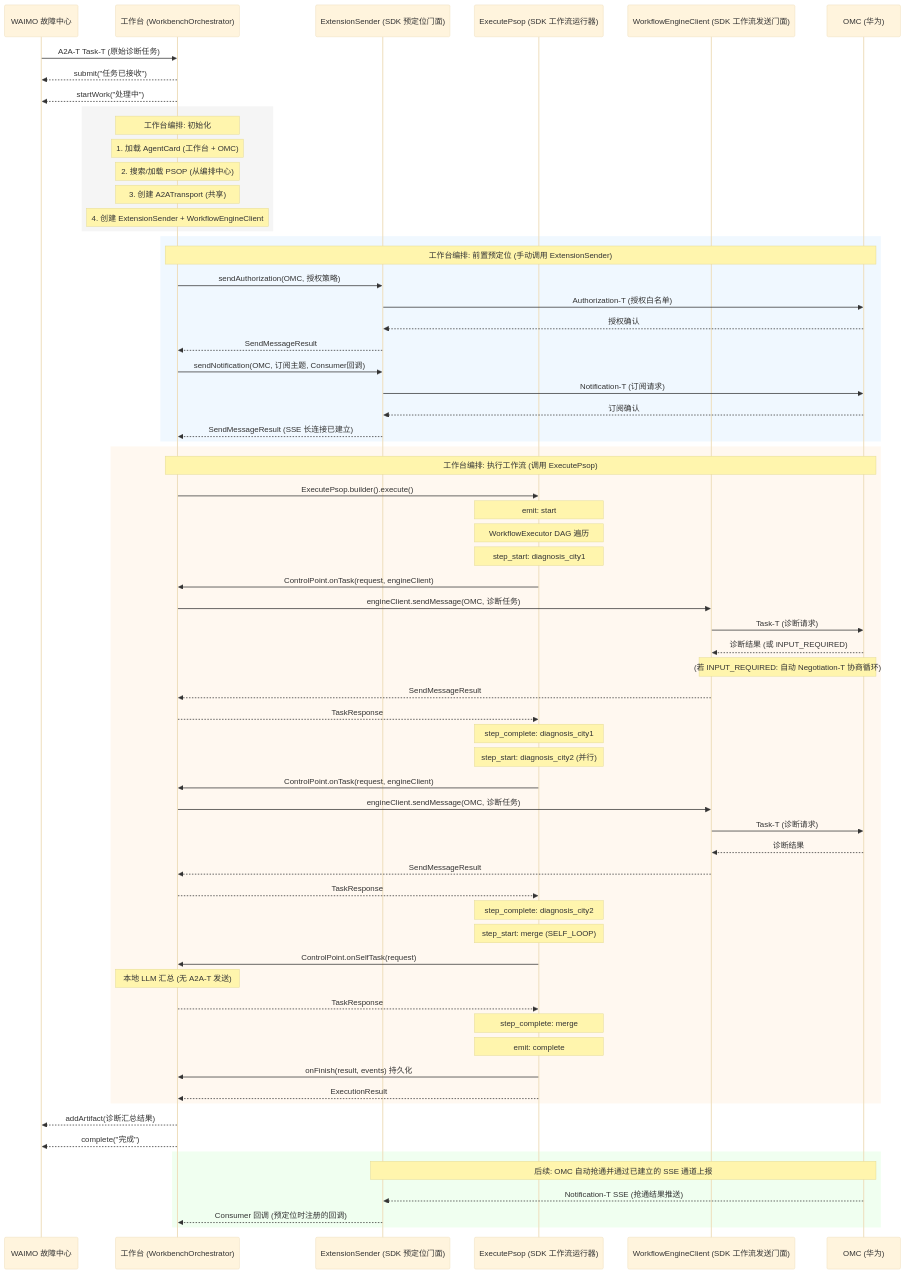
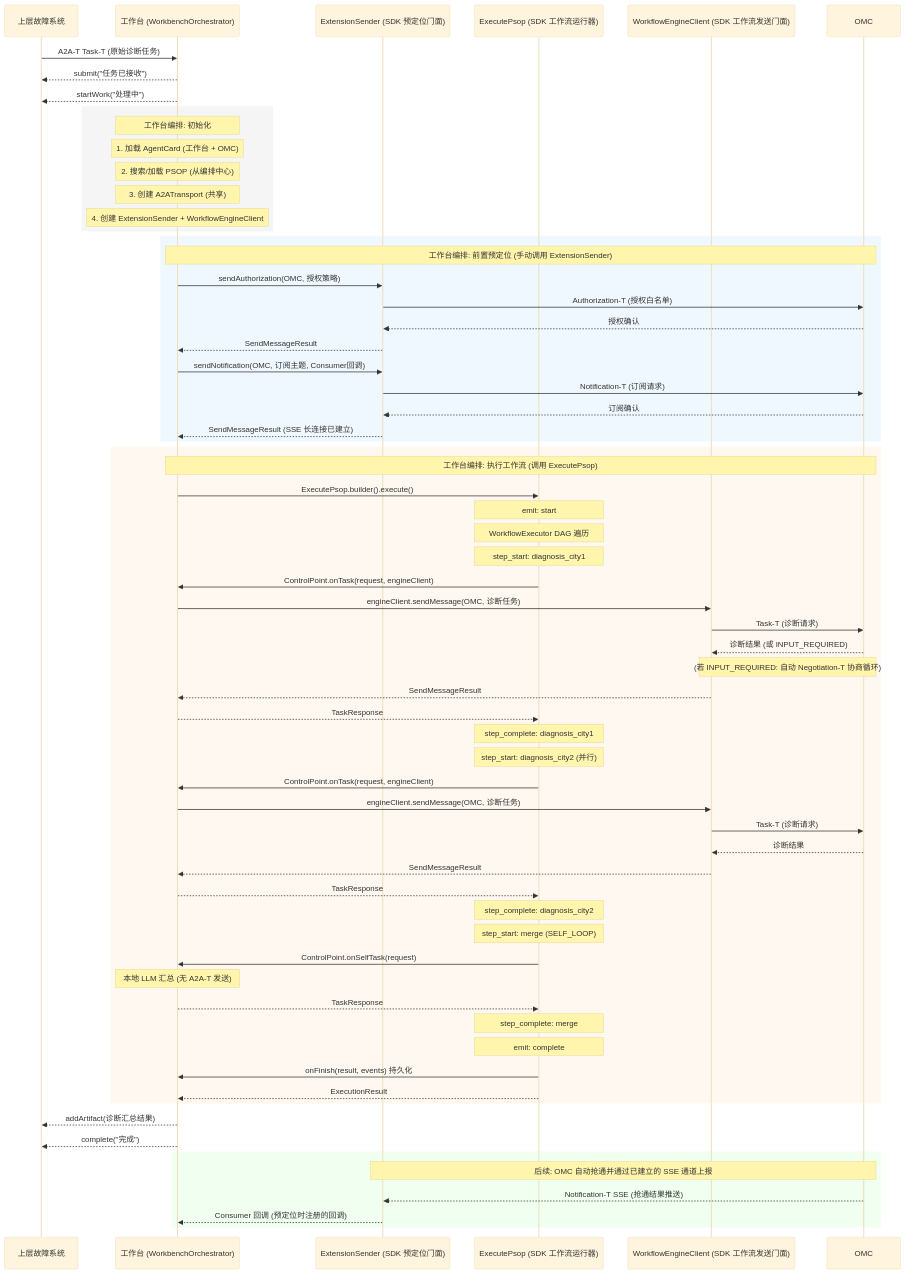
One commit to Zhoujie628/workflow-engine-sdk-java changed the fourth of 4 diagrams in docs/zh/工作台集成指南.md. Above: the diagram before and after it, drawn with Mermaid (base theme). The commit also changed other lines of this file and 11 other files, not shown here.

````diff
--- a/docs/zh/工作台集成指南.md
+++ b/docs/zh/工作台集成指南.md
@@ -763,80 +763,80 @@
 ```mermaid
 sequenceDiagram
-    participant WAIMO as WAIMO 故障中心
+    participant UPPER as 上层故障系统
     participant WB as 工作台 (WorkbenchOrchestrator)
     participant ES as ExtensionSender (SDK 预定位门面)
     participant EP as ExecutePsop (SDK 工作流运行器)
     participant EC as WorkflowEngineClient (SDK 工作流发送门面)
-    participant OMC as OMC (华为)
+    participant OMC as OMC
 
-    WAIMO->>WB: A2A-T Task-T (原始诊断任务)
-    WB-->>WAIMO: submit("任务已接收")
-    WB-->>WAIMO: startWork("处理中")
+    UPPER->>WB: A2A-T Task-T (原始诊断任务)
+    WB-->>UPPER: submit("任务已接收")
+    WB-->>UPPER: startWork("处理中")
 
     rect rgba(245, 245, 245, 1)
     Note over WB: 工作台编排: 初始化
     Note over WB: 1. 加载 AgentCard (工作台 + OMC)
     Note over WB: 2. 搜索/加载 PSOP (从编排中心)
     Note over WB: 3. 创建 A2ATransport (共享)
     Note over WB: 4. 创建 ExtensionSender + WorkflowEngineClient
     end
 
     rect rgba(240, 248, 255, 1)
     Note over WB,OMC: 工作台编排: 前置预定位 (手动调用 ExtensionSender)
     WB->>ES: sendAuthorization(OMC, 授权策略)
     ES->>OMC: Authorization-T (授权白名单)
     OMC-->>ES: 授权确认
     ES-->>WB: SendMessageResult
 
     WB->>ES: sendNotification(OMC, 订阅主题, Consumer回调)
     ES->>OMC: Notification-T (订阅请求)
     OMC-->>ES: 订阅确认
     ES-->>WB: SendMessageResult (SSE 长连接已建立)
     end
 
     rect rgba(255, 248, 240, 1)
     Note over WB,OMC: 工作台编排: 执行工作流 (调用 ExecutePsop)
     WB->>EP: ExecutePsop.builder().execute()
 
     Note over EP: emit: start
     Note over EP: WorkflowExecutor DAG 遍历
 
     Note over EP: step_start: diagnosis_city1
     EP->>WB: ControlPoint.onTask(request, engineClient)
     WB->>EC: engineClient.sendMessage(OMC, 诊断任务)
     EC->>OMC: Task-T (诊断请求)
     OMC-->>EC: 诊断结果 (或 INPUT_REQUIRED)
     Note over EC,OMC: (若 INPUT_REQUIRED: 自动 Negotiation-T 协商循环)
     EC-->>WB: SendMessageResult
     WB-->>EP: TaskResponse
     Note over EP: step_complete: diagnosis_city1
 
     Note over EP: step_start: diagnosis_city2 (并行)
     EP->>WB: ControlPoint.onTask(request, engineClient)
     WB->>EC: engineClient.sendMessage(OMC, 诊断任务)
     EC->>OMC: Task-T (诊断请求)
     OMC-->>EC: 诊断结果
     EC-->>WB: SendMessageResult
     WB-->>EP: TaskResponse
     Note over EP: step_complete: diagnosis_city2
 
     Note over EP: step_start: merge (SELF_LOOP)
     EP->>WB: ControlPoint.onSelfTask(request)
     Note over WB: 本地 LLM 汇总 (无 A2A-T 发送)
     WB-->>EP: TaskResponse
     Note over EP: step_complete: merge
 
     Note over EP: emit: complete
     EP->>WB: onFinish(result, events) 持久化
     EP-->>WB: ExecutionResult
     end
 
-    WB-->>WAIMO: addArtifact(诊断汇总结果)
-    WB-->>WAIMO: complete("完成")
+    WB-->>UPPER: addArtifact(诊断汇总结果)
+    WB-->>UPPER: complete("完成")
 
     rect rgba(240, 255, 240, 1)
     Note over ES,OMC: 后续: OMC 自动抢通并通过已建立的 SSE 通道上报
     OMC-->>ES: Notification-T SSE (抢通结果推送)
     ES-->>WB: Consumer 回调 (预定位时注册的回调)
     end
 ```
````
